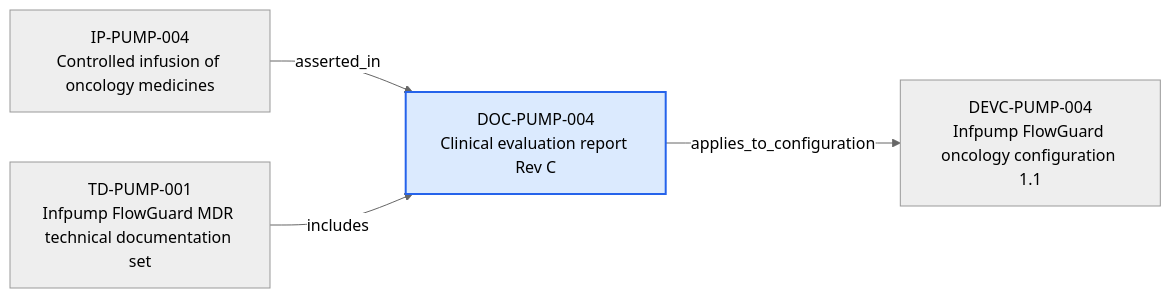
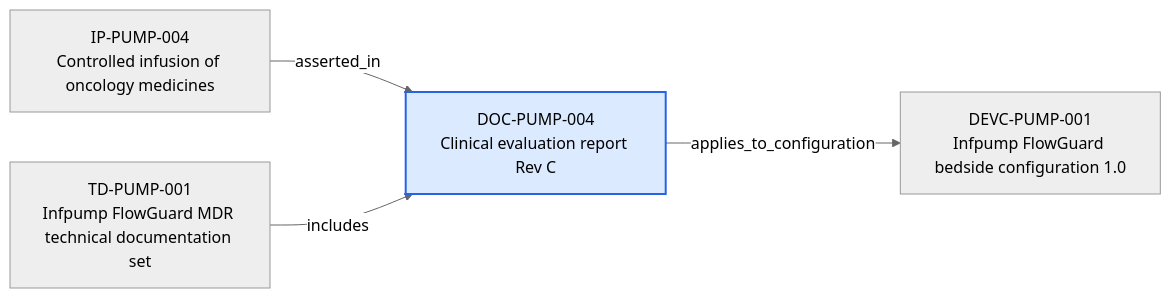
Before and after one commit to mvattulainen/mdrontology: the diagram in content/06-Infpump FlowGuard ontology notes/document-version/DOC-PUMP-004-clinical-evaluation-report-rev-c.md, drawn with Mermaid (neutral theme). The commit also changed other lines of this file and 321 other files, not shown here.

Commit message:
Implement Mermaid ontology audit findings

````diff
--- a/content/06-Infpump FlowGuard ontology notes/document-version/DOC-PUMP-004-clinical-evaluation-report-rev-c.md
+++ b/content/06-Infpump FlowGuard ontology notes/document-version/DOC-PUMP-004-clinical-evaluation-report-rev-c.md
@@ -75,12 +77,12 @@
 ```mermaid
 flowchart LR
   CURRENT["DOC-PUMP-004<br/>Clinical evaluation report Rev C"]
   PREV0["IP-PUMP-004<br/>Controlled infusion of oncology medicines"]
   PREV0 -->|"asserted_in"| CURRENT
   PREV1["TD-PUMP-001<br/>Infpump FlowGuard MDR technical documentation set"]
   PREV1 -->|"includes"| CURRENT
-  NEXT0["DEVC-PUMP-004<br/>Infpump FlowGuard oncology configuration 1.1"]
+  NEXT0["DEVC-PUMP-001<br/>Infpump FlowGuard bedside configuration 1.0"]
   CURRENT -->|"applies_to_configuration"| NEXT0
   classDef current fill:#dbeafe,stroke:#2563eb,stroke-width:2px
   class CURRENT current
 ```
````
